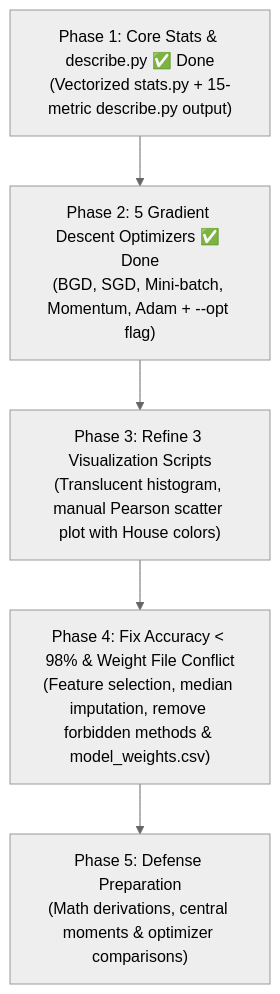
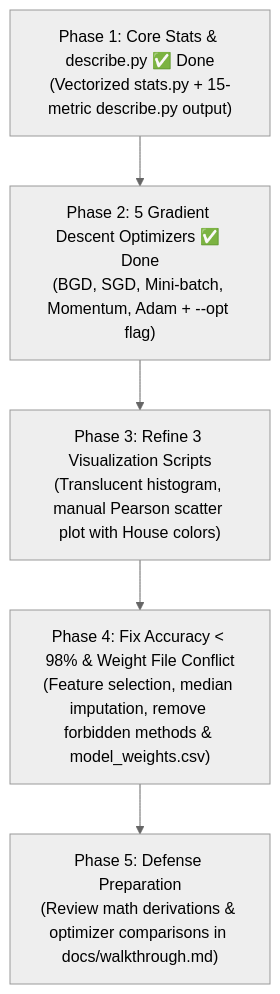
One commit to GauChau/dslr changed the second of 2 diagrams in docs/TODO.md. Above: the diagram before and after it, drawn with Mermaid (neutral theme). The commit also changed other lines of this file and 11 other files, not shown here.

````diff
--- a/docs/TODO.md
+++ b/docs/TODO.md
@@ -637,7 +298,7 @@
 ```mermaid
 flowchart TD
     A["Phase 1: Core Stats & describe.py ✅ Done<br>(Vectorized stats.py + 15-metric describe.py output)"] --> B["Phase 2: 5 Gradient Descent Optimizers ✅ Done<br>(BGD, SGD, Mini-batch, Momentum, Adam + --opt flag)"]
     B --> C["Phase 3: Refine 3 Visualization Scripts<br>(Translucent histogram, manual Pearson scatter plot with House colors)"]
     C --> D["Phase 4: Fix Accuracy < 98% & Weight File Conflict<br>(Feature selection, median imputation, remove forbidden methods & model_weights.csv)"]
-    D --> E["Phase 5: Defense Preparation<br>(Math derivations, central moments & optimizer comparisons)"]
+    D --> E["Phase 5: Defense Preparation<br>(Review math derivations & optimizer comparisons in docs/walkthrough.md)"]
 ```
````
